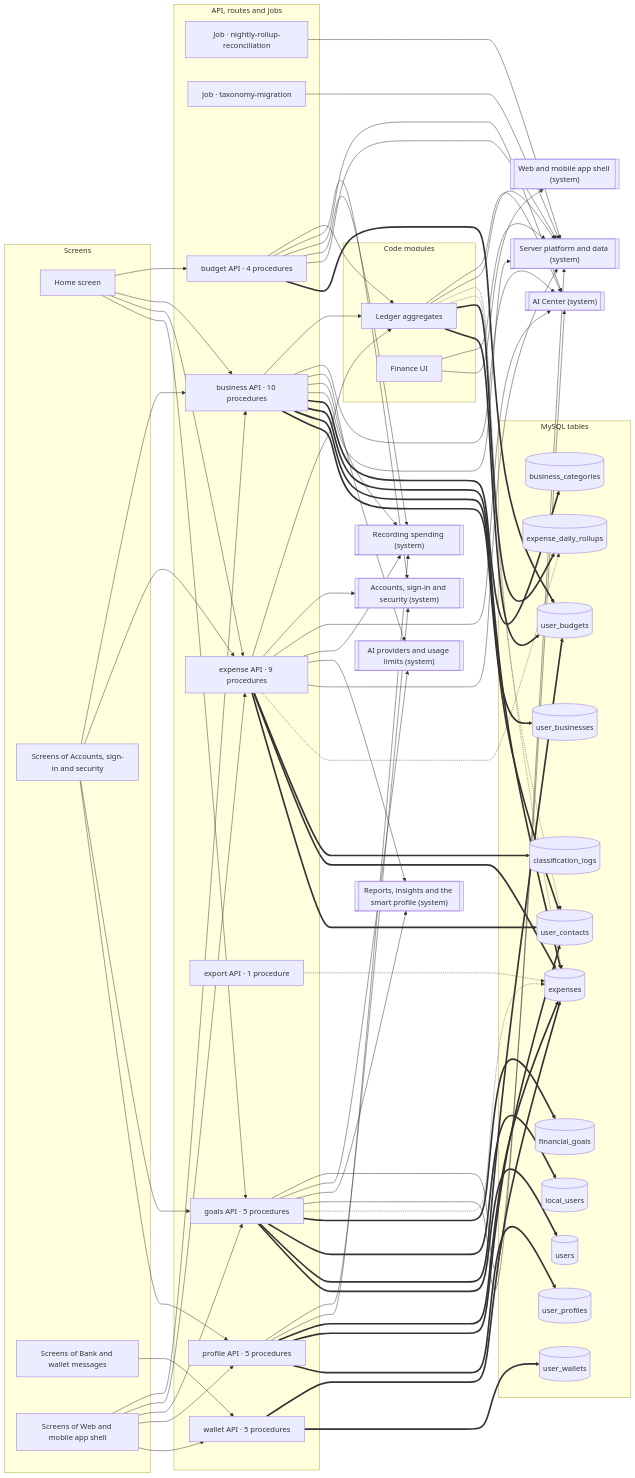
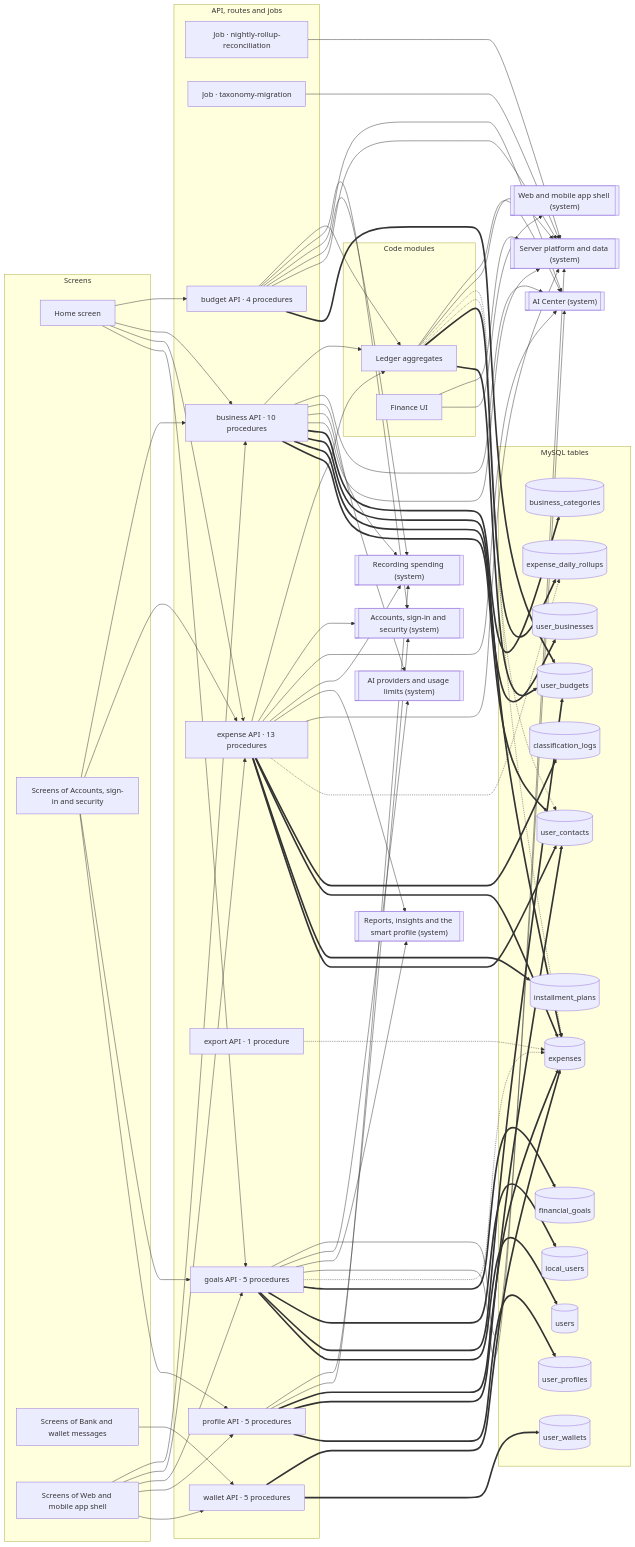
The diagram in docs/atlas/systems/money.md (mahmoudtaherr111/smartspend_mini_all), drawn with Mermaid before and after one commit. The commit also changed other lines of this file and 36 other files, not shown here.

First line of the commit message:
feat(money): installment plans and Egyptian seasons

```diff
--- a/docs/atlas/systems/money.md
+++ b/docs/atlas/systems/money.md
@@ -23,7 +23,7 @@
     job_taxonomy_migration["Job · taxonomy-migration"]
     router_budget["budget API · 4 procedures"]
     router_business["business API · 10 procedures"]
-    router_expense["expense API · 9 procedures"]
+    router_expense["expense API · 13 procedures"]
     router_export["export API · 1 procedure"]
     router_goals["goals API · 5 procedures"]
     router_profile["profile API · 5 procedures"]
@@ -39,6 +39,7 @@
     tbl_expense_daily_rollups[("expense_daily_rollups")]
     tbl_expenses[("expenses")]
     tbl_financial_goals[("financial_goals")]
+    tbl_installment_plans[("installment_plans")]
     tbl_local_users[("local_users")]
     tbl_user_budgets[("user_budgets")]
     tbl_user_businesses[("user_businesses")]
@@ -92,6 +93,7 @@
   router_expense -.-> tbl_expense_daily_rollups
   router_expense ==> tbl_classification_logs
   router_expense ==> tbl_expenses
+  router_expense ==> tbl_installment_plans
   router_expense ==> tbl_user_contacts
   router_export -.-> tbl_expenses
   router_goals --> sys_ai_center
```
